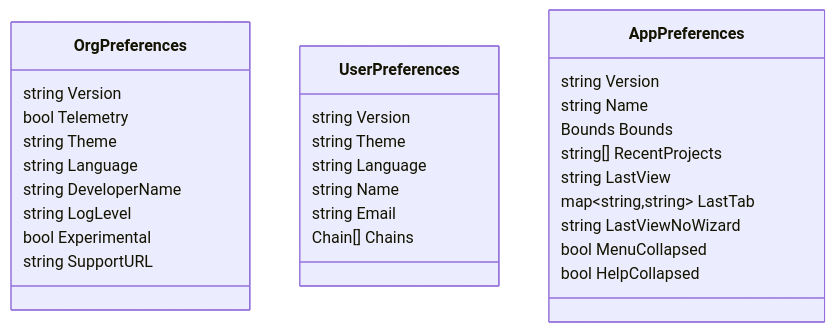
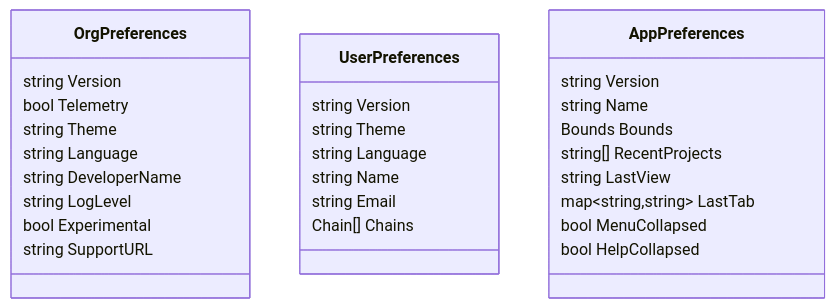
Before and after one commit to TrueBlocks/trueblocks-dalledress: the third of 4 diagrams in frontend/src/views/settings/README.md, drawn with Mermaid. The commit also changed 7 other files, not shown here.

````diff
--- a/frontend/src/views/settings/README.md
+++ b/frontend/src/views/settings/README.md
@@ -56,32 +56,31 @@
 ```mermaid
 classDiagram
   class OrgPreferences {
     string Version
     bool Telemetry
     string Theme
     string Language
     string DeveloperName
     string LogLevel
     bool Experimental
     string SupportURL
   }
   class UserPreferences {
     string Version
     string Theme
     string Language
     string Name
     string Email
     Chain[] Chains
   }
   class AppPreferences {
     string Version
     string Name
     Bounds Bounds
     string[] RecentProjects
     string LastView
     map~string,string~ LastTab
-    string LastViewNoWizard
     bool MenuCollapsed
     bool HelpCollapsed
   }
 ```
````
